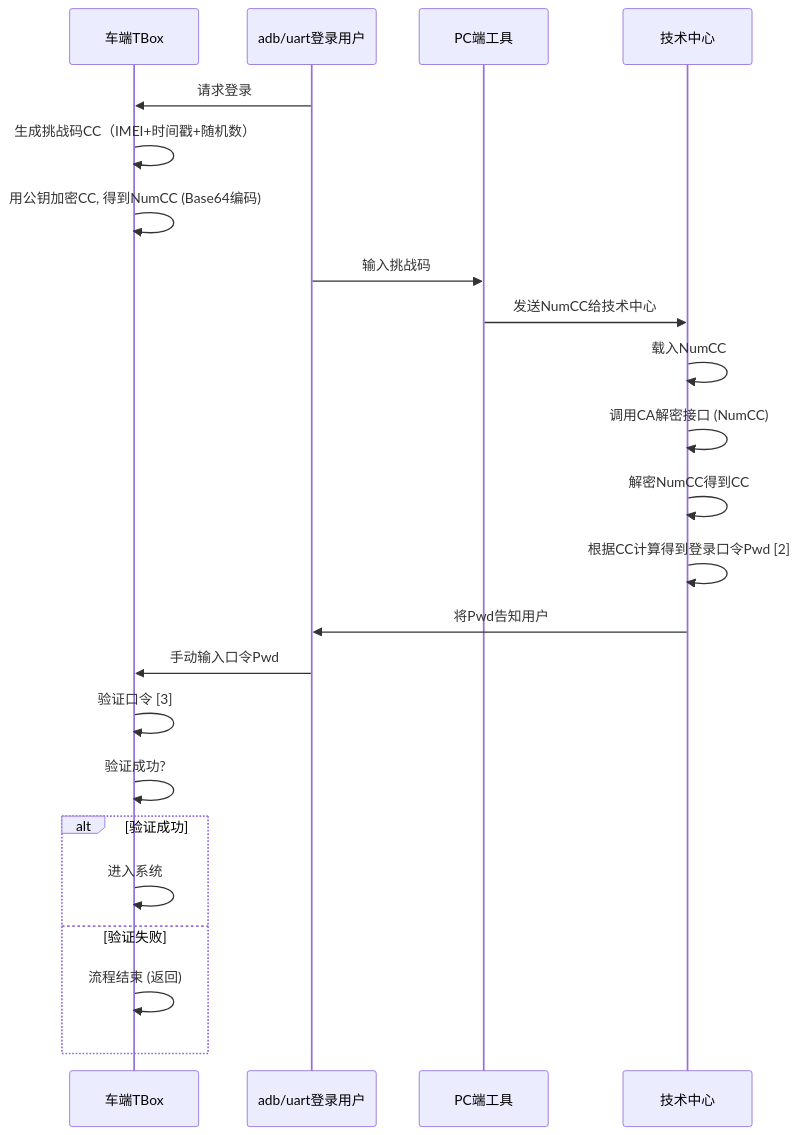
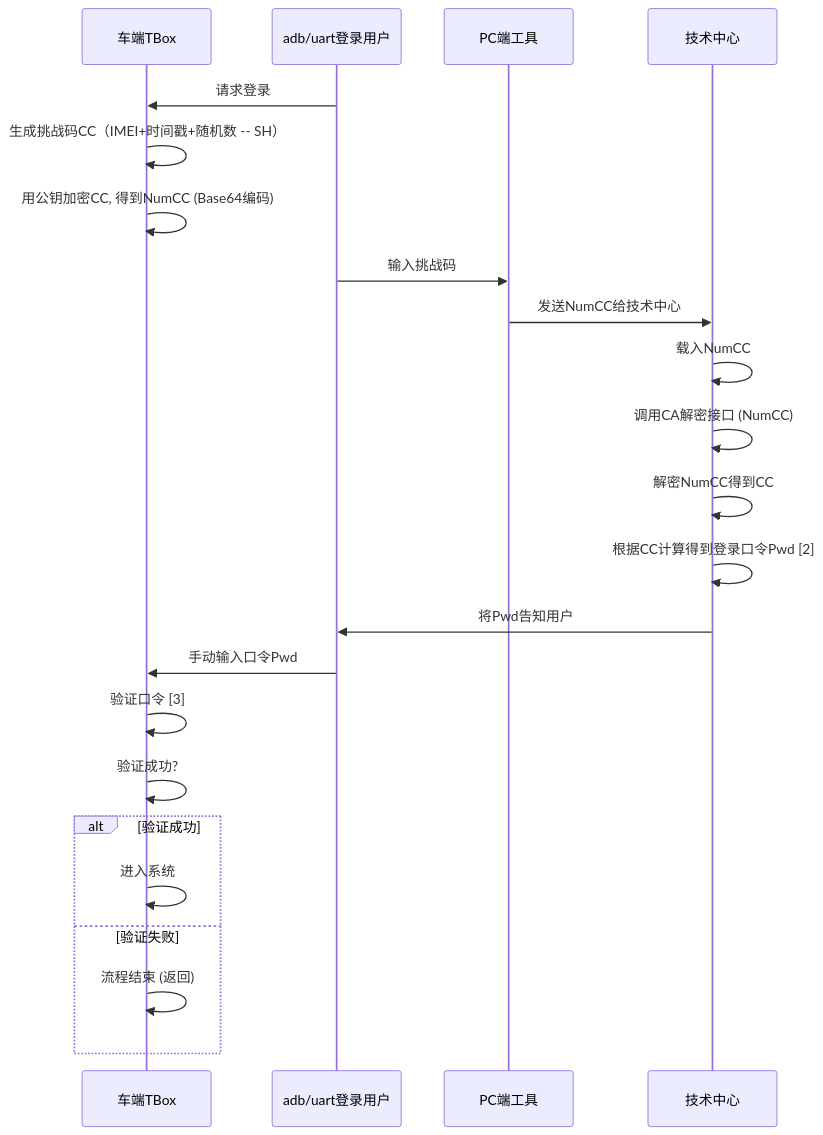
The diagram in all/未命名-13.md (facebook-cloud/iodraw-files), drawn with Mermaid before and after one commit.

Commit message:
2026-01-26 18:47:05 update

````diff
--- a/all/未命名-13.md
+++ b/all/未命名-13.md
@@ -1,29 +1,29 @@
 ```mermaid
 sequenceDiagram
     participant tbox as 车端TBox
     participant user as adb/uart登录用户
     participant pc as PC端工具
     participant tech_center as 技术中心
   
 
     user->>tbox: 请求登录
-    tbox->>tbox: 生成挑战码CC（IMEI+时间戳+随机数）
+    tbox->>tbox: 生成挑战码CC（IMEI+时间戳+随机数 -- SH）
     tbox->>tbox: 用公钥加密CC, 得到NumCC (Base64编码)
     user->>pc: 输入挑战码
     pc->>tech_center: 发送NumCC给技术中心
     tech_center->>tech_center: 载入NumCC
     tech_center->>tech_center: 调用CA解密接口 (NumCC)
     tech_center->>tech_center: 解密NumCC得到CC
     tech_center->>tech_center: 根据CC计算得到登录口令Pwd [2]
     tech_center->>user: 将Pwd告知用户
     user->>tbox: 手动输入口令Pwd
     tbox->>tbox: 验证口令 [3]
     tbox->>tbox: 验证成功?
     alt 验证成功
         tbox->>tbox: 进入系统
     else 验证失败
         tbox->>tbox: 流程结束 (返回)
     end
 
 
 ```
````
